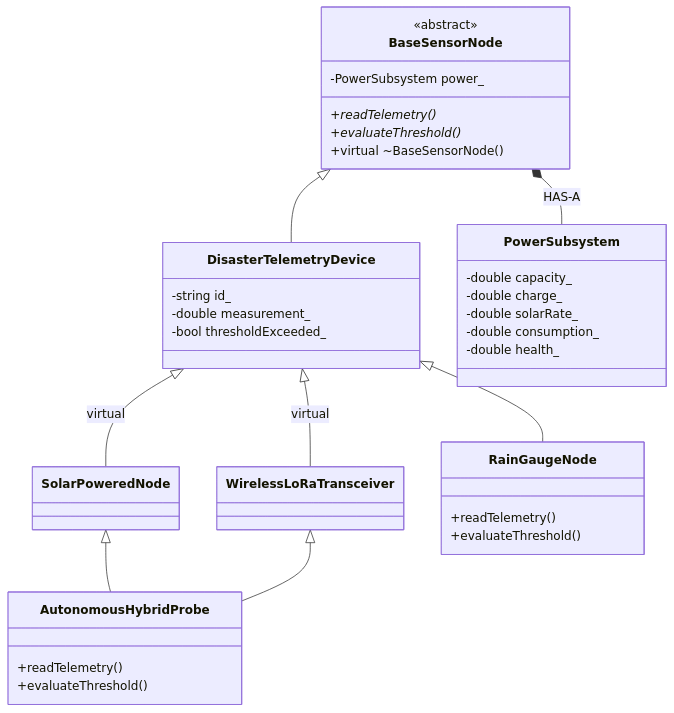
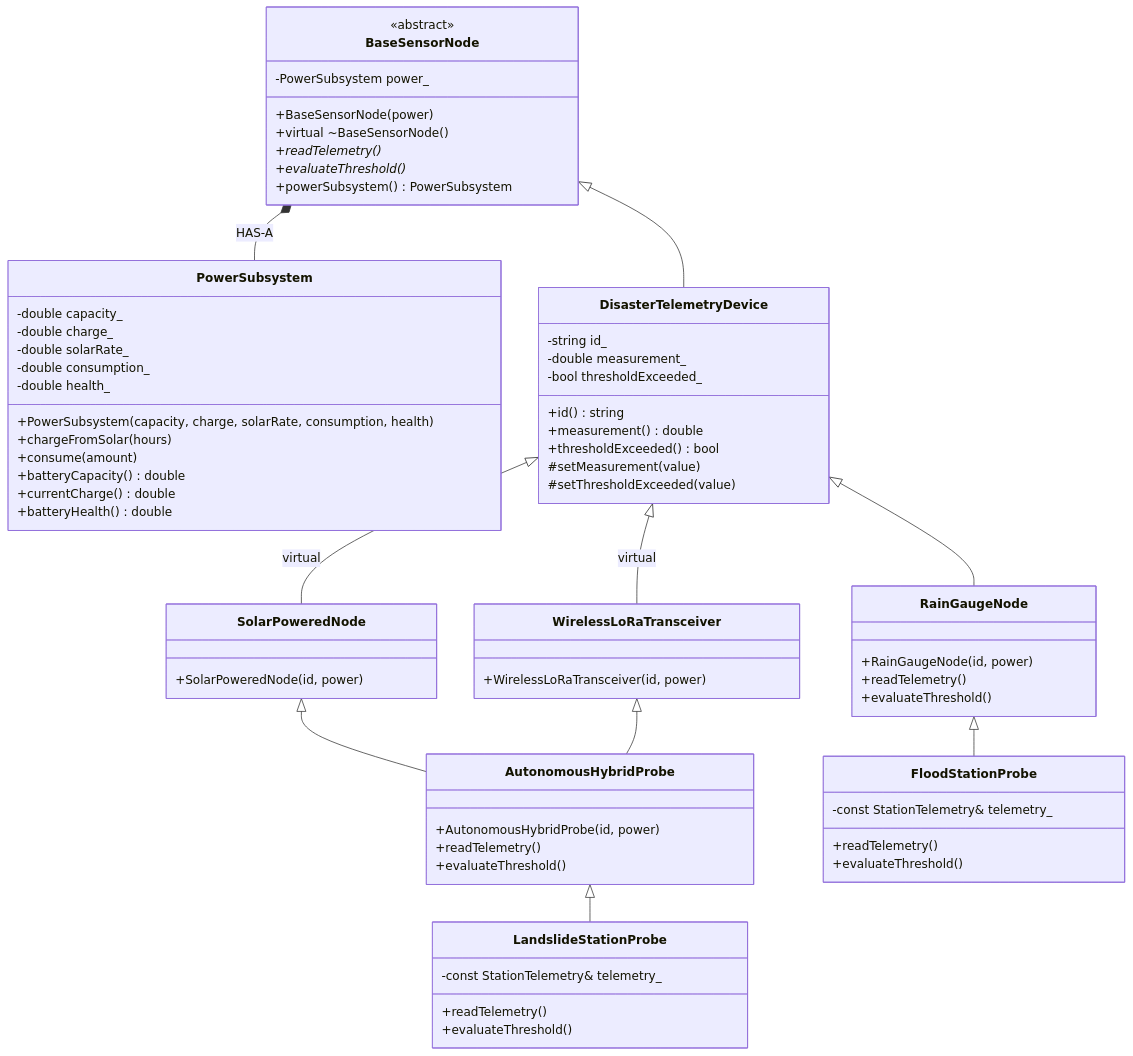
The first of 2 diagrams in docs/class-diagram.md (srishtiraghava/Disaster_Management), drawn with Mermaid before and after one commit. The commit also changed other lines of this file and 26 other files, not shown here.

````diff
--- a/docs/class-diagram.md
+++ b/docs/class-diagram.md
@@ -3,40 +5,79 @@
 ```mermaid
 classDiagram
-    class BaseSensorNode {
-        <<abstract>>
-        -PowerSubsystem power_
-        +readTelemetry()*
-        +evaluateThreshold()*
-        +virtual ~BaseSensorNode()
-    }
-    class DisasterTelemetryDevice {
-        -string id_
-        -double measurement_
-        -bool thresholdExceeded_
-    }
-    class SolarPoweredNode
-    class WirelessLoRaTransceiver
-    class AutonomousHybridProbe {
-        +readTelemetry()
-        +evaluateThreshold()
-    }
-    class RainGaugeNode {
-        +readTelemetry()
-        +evaluateThreshold()
-    }
     class PowerSubsystem {
         -double capacity_
         -double charge_
         -double solarRate_
         -double consumption_
         -double health_
+        +PowerSubsystem(capacity, charge, solarRate, consumption, health)
+        +chargeFromSolar(hours)
+        +consume(amount)
+        +batteryCapacity() double
+        +currentCharge() double
+        +batteryHealth() double
     }
 
+    class BaseSensorNode {
+        <<abstract>>
+        -PowerSubsystem power_
+        +BaseSensorNode(power)
+        +virtual ~BaseSensorNode()
+        +readTelemetry()*
+        +evaluateThreshold()*
+        +powerSubsystem() PowerSubsystem
+    }
+
+    class DisasterTelemetryDevice {
+        -string id_
+        -double measurement_
+        -bool thresholdExceeded_
+        +id() string
+        +measurement() double
+        +thresholdExceeded() bool
+        #setMeasurement(value)
+        #setThresholdExceeded(value)
+    }
+
+    class SolarPoweredNode {
+        +SolarPoweredNode(id, power)
+    }
+
+    class WirelessLoRaTransceiver {
+        +WirelessLoRaTransceiver(id, power)
+    }
+
+    class AutonomousHybridProbe {
+        +AutonomousHybridProbe(id, power)
+        +readTelemetry()
+        +evaluateThreshold()
+    }
+
+    class RainGaugeNode {
+        +RainGaugeNode(id, power)
+        +readTelemetry()
+        +evaluateThreshold()
+    }
+
+    class LandslideStationProbe {
+        -const StationTelemetry& telemetry_
+        +readTelemetry()
+        +evaluateThreshold()
+    }
+
+    class FloodStationProbe {
+        -const StationTelemetry& telemetry_
+        +readTelemetry()
+        +evaluateThreshold()
+    }
+
+    BaseSensorNode *-- PowerSubsystem : HAS-A
     BaseSensorNode <|-- DisasterTelemetryDevice
     DisasterTelemetryDevice <|-- SolarPoweredNode : virtual
     DisasterTelemetryDevice <|-- WirelessLoRaTransceiver : virtual
     SolarPoweredNode <|-- AutonomousHybridProbe
     WirelessLoRaTransceiver <|-- AutonomousHybridProbe
     DisasterTelemetryDevice <|-- RainGaugeNode
-    BaseSensorNode *-- PowerSubsystem : HAS-A
+    AutonomousHybridProbe <|-- LandslideStationProbe
+    RainGaugeNode <|-- FloodStationProbe
 ```
````
